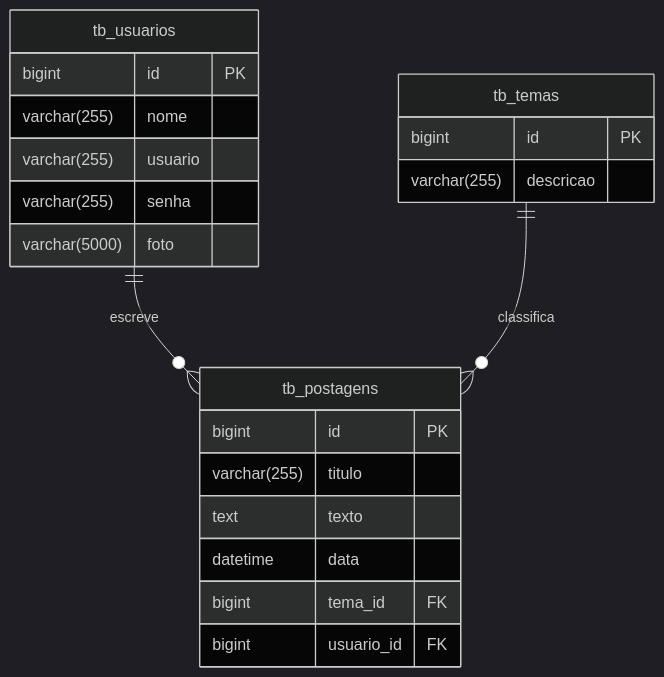
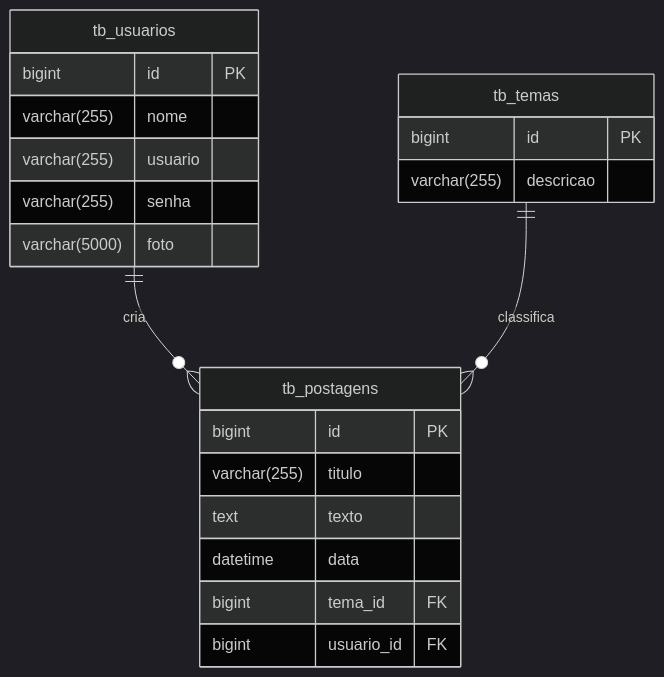
One commit to rafaelq80/blogpessoal_spring_t82 changed the second of 2 diagrams in README.md. Above: the diagram before and after it, drawn with Mermaid (dark theme). The commit also changed other lines of this file, not shown here.

````diff
--- a/README.md
+++ b/README.md
@@ -108,24 +108,24 @@
 ```mermaid
 erDiagram
-    tb_usuarios ||--o{ tb_postagens : escreve
+    tb_usuarios ||--o{ tb_postagens : cria
     tb_temas ||--o{ tb_postagens : classifica
     tb_usuarios {
         bigint id PK
         varchar(255) nome
         varchar(255) usuario
         varchar(255) senha
         varchar(5000) foto
     }
     tb_temas {
         bigint id PK
         varchar(255) descricao
     }
     tb_postagens {
         bigint id PK
         varchar(255) titulo
         text texto
         datetime data
         bigint tema_id FK
         bigint usuario_id FK
     }
 ```
````
